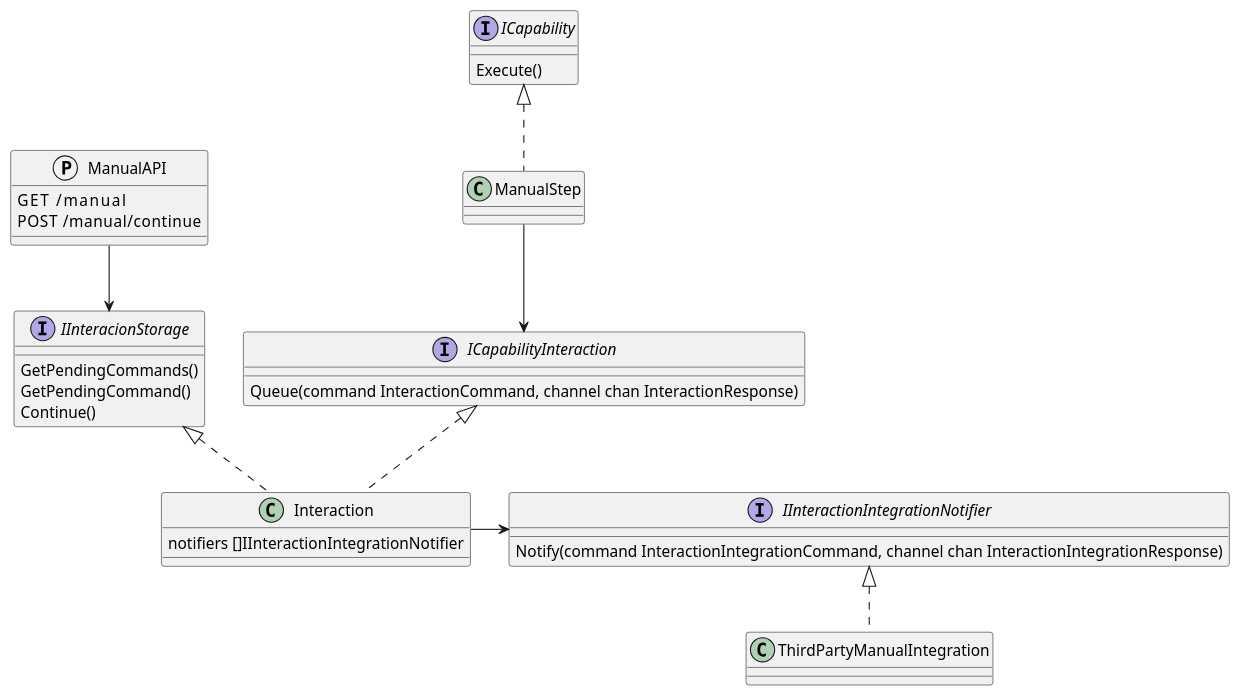
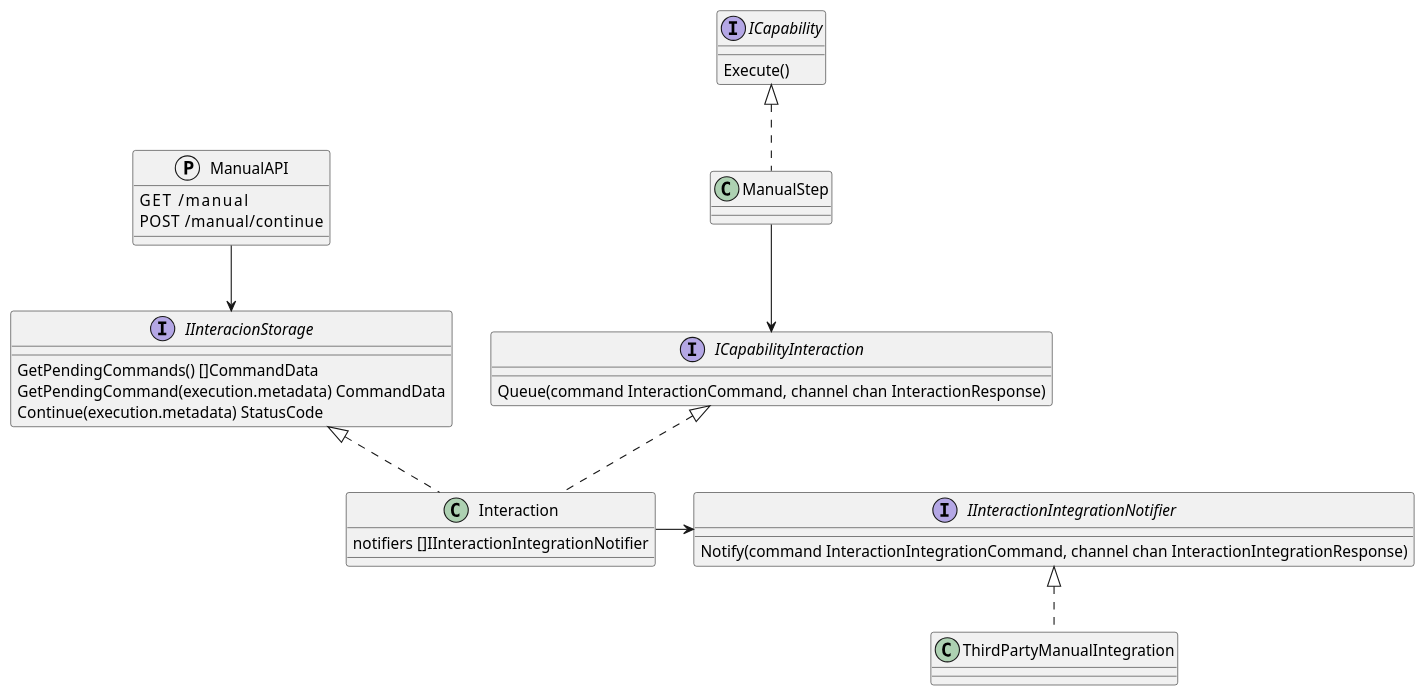
One commit to COSSAS/SOARCA changed the first of 2 diagrams in docs/content/en/docs/core-components/modules.md. Above: the diagram before and after it, drawn with PlantUML. The commit also changed other lines of this file, not shown here.

Commit message:
update documentation schemas with clearer channels and async explanation

````diff
--- a/docs/content/en/docs/core-components/modules.md
+++ b/docs/content/en/docs/core-components/modules.md
@@ -341,47 +341,47 @@
 ```plantuml
 @startuml
 set separator ::
 
 class ManualStep 
 
 protocol ManualAPI {
     GET     /manual
     POST    /manual/continue
 }
 
 interface ICapability{
    Execute()
 }
 
 interface ICapabilityInteraction{
     Queue(command InteractionCommand, channel chan InteractionResponse)
 }
 
 interface IInteracionStorage{
-    GetPendingCommands()
-	GetPendingCommand()
-	Continue()
+    GetPendingCommands() []CommandData
+	GetPendingCommand(execution.metadata) CommandData
+	Continue(execution.metadata) StatusCode
 }
 
 interface IInteractionIntegrationNotifier {
     Notify(command InteractionIntegrationCommand, channel chan InteractionIntegrationResponse)
 }
 
 class Interaction {
     notifiers []IInteractionIntegrationNotifier
 }
 class ThirdPartyManualIntegration
 
 
 ManualStep .up.|> ICapability
 ManualStep -down-> ICapabilityInteraction
 Interaction .up.|> ICapabilityInteraction
 Interaction .up.|> IInteracionStorage
 
 ManualAPI -down-> IInteracionStorage
 
 Interaction -right-> IInteractionIntegrationNotifier
 ThirdPartyManualIntegration .up.|> IInteractionIntegrationNotifier
 
 
 ```
````
